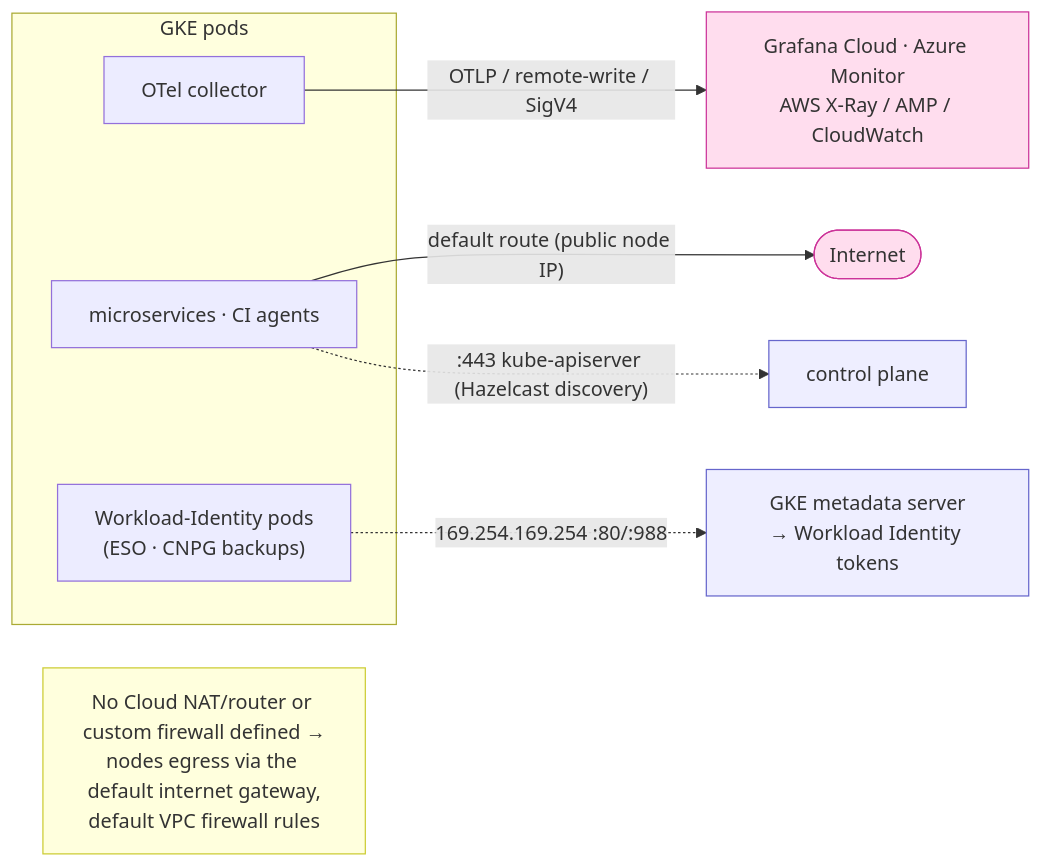
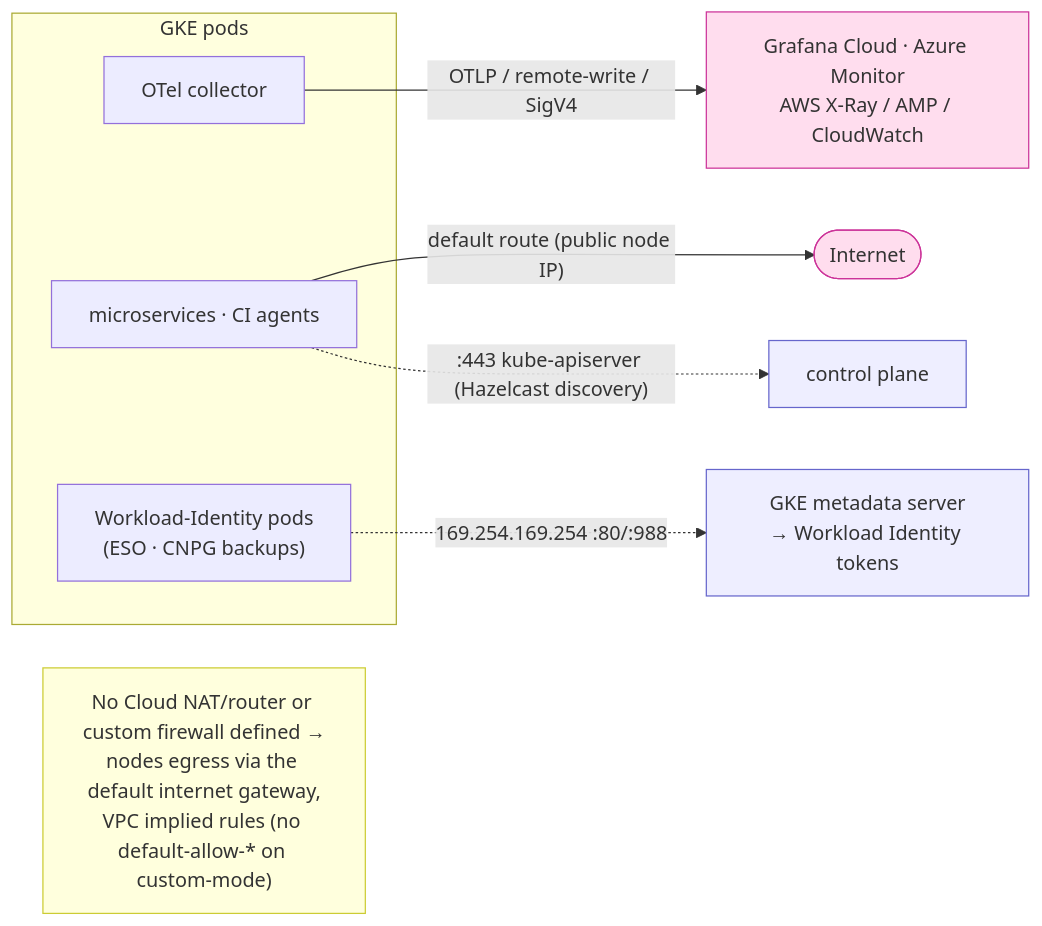
Before and after one commit to nubenetes/jenkins-2026: the fifth of 8 diagrams in docs/503-NETWORKING.md, drawn with Mermaid. The commit also changed other lines of this file and 48 other files, not shown here.

````diff
--- a/docs/503-NETWORKING.md
+++ b/docs/503-NETWORKING.md
@@ -227,16 +233,16 @@
 ```mermaid
 flowchart LR
   subgraph gke["GKE pods"]
     col["OTel collector"]
     apps["microservices · CI agents"]
     wi["Workload-Identity pods<br/>(ESO · CNPG backups)"]
   end
   apps -->|"default route (public node IP)"| inet([Internet]):::ext
   col -->|"OTLP / remote-write / SigV4"| back["Grafana Cloud · Azure Monitor<br/>AWS X-Ray / AMP / CloudWatch"]:::ext
   wi -. "169.254.169.254 :80/:988" .-> md["GKE metadata server<br/>→ Workload Identity tokens"]:::infra
   apps -. ":443 kube-apiserver (Hazelcast discovery)" .-> api["control plane"]:::infra
-  note["No Cloud NAT/router or custom firewall defined →<br/>nodes egress via the default internet gateway,<br/>default VPC firewall rules"]:::n
+  note["No Cloud NAT/router or custom firewall defined →<br/>nodes egress via the default internet gateway,<br/>VPC implied rules (no default-allow-* on custom-mode)"]:::n
   classDef ext fill:#fde,stroke:#c39;
   classDef infra fill:#eef,stroke:#66c;
   classDef n fill:#ffd,stroke:#cc3;
 ```
````
